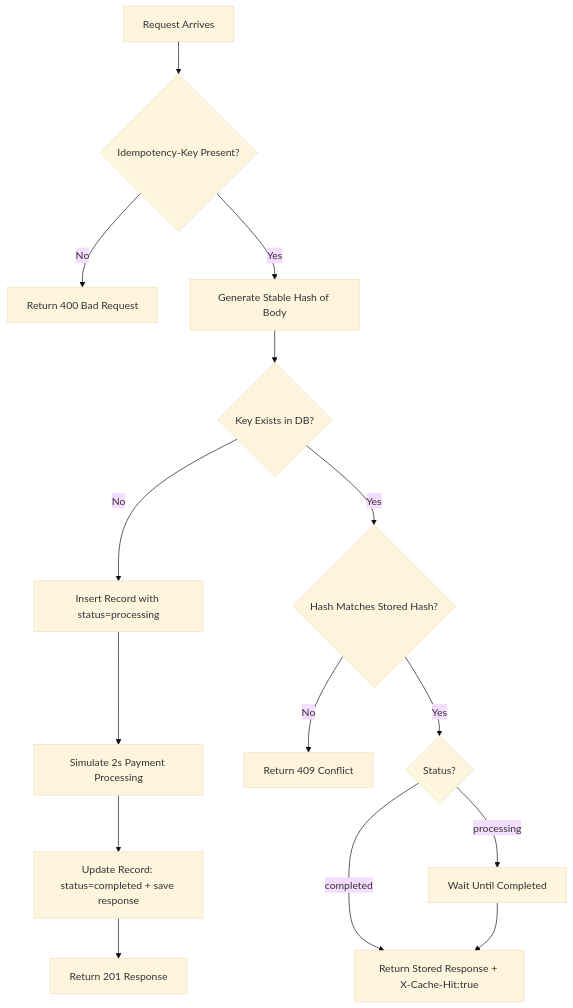
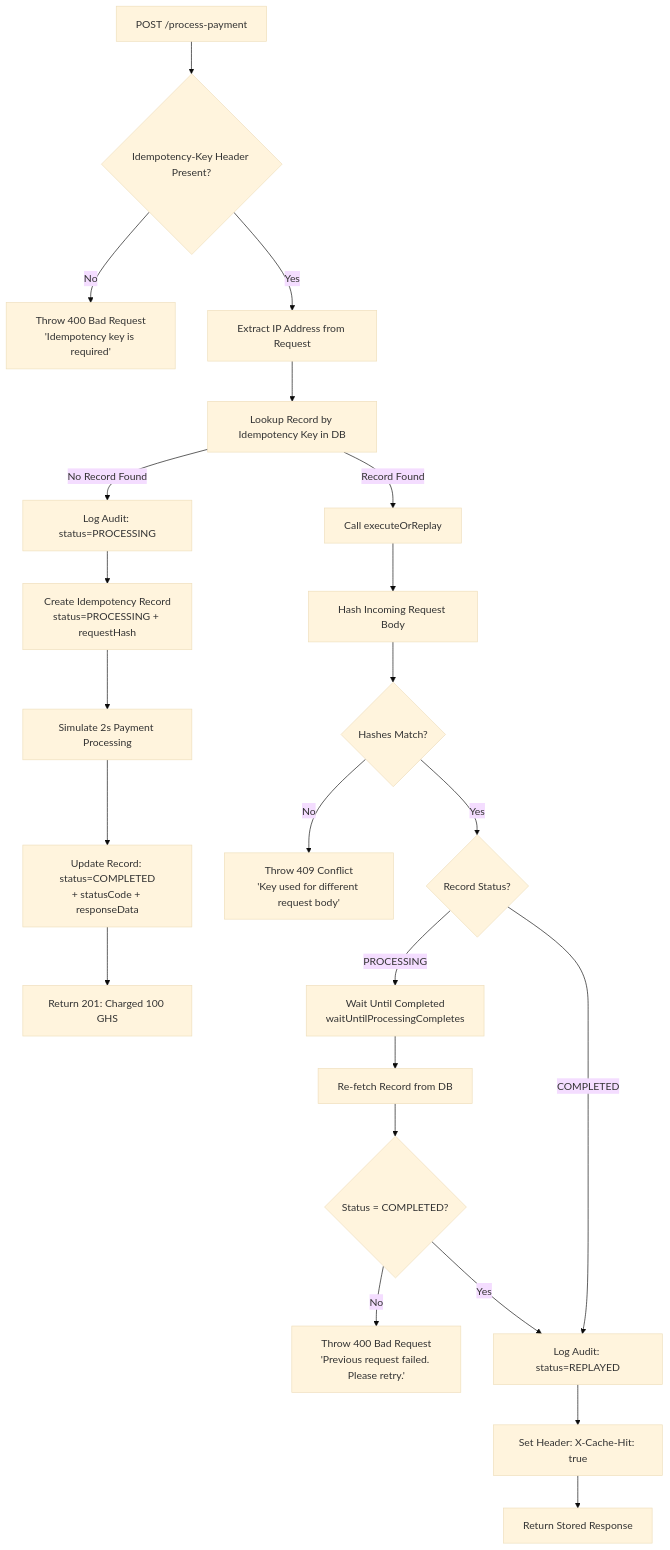
One commit to ethenkem/Idempotency-Gateway changed the diagram in README.md. Above: the diagram before and after it, drawn with Mermaid (base theme). The commit also changed other lines of this file, not shown here.

Commit message:
feat(docs): update README with detailed architecture flow and API scenarios

````diff
--- a/README.md
+++ b/README.md
@@ -3,20 +8,26 @@
 ```mermaid
 flowchart TD
-    A[Request Arrives] --> B{Idempotency-Key Present?}
-    B -- No --> C[Return 400 Bad Request]
-    B -- Yes --> D[Generate Stable Hash of Body]
-    D --> E{Key Exists in DB?}
+    A[POST /process-payment] --> B{Idempotency-Key Header Present?}
+    B -- No --> C[Throw 400 Bad Request\n'Idempotency key is required']
+    B -- Yes --> D[Extract IP Address from Request]
+    D --> E[Lookup Record by Idempotency Key in DB]
+    E -- No Record Found --> F[Log Audit: status=PROCESSING]
+    F --> G[Create Idempotency Record\nstatus=PROCESSING + requestHash]
+    G --> H[Simulate 2s Payment Processing]
+    H --> I[Update Record: status=COMPLETED\n+ statusCode + responseData]
+    I --> J[Return 201: Charged 100 GHS]
 
-    E -- No --> F[Insert Record with status=processing]
-    F --> G[Simulate 2s Payment Processing]
-    G --> H[Update Record: status=completed + save response]
-    H --> I[Return 201 Response]
-
-    E -- Yes --> J{Hash Matches Stored Hash?}
-    J -- No --> K[Return 409 Conflict]
-
-    J -- Yes --> L{Status?}
-    L -- completed --> M[Return Stored Response + X-Cache-Hit:true]
-    L -- processing --> N[Wait Until Completed]
-    N --> M
+    E -- Record Found --> K[Call executeOrReplay]
+    K --> L[Hash Incoming Request Body]
+    L --> M{Hashes Match?}
+    M -- No --> N[Throw 409 Conflict\n'Key used for different request body']
+    M -- Yes --> O{Record Status?}
+    O -- PROCESSING --> P[Wait Until Completed\nwaitUntilProcessingCompletes]
+    P --> Q[Re-fetch Record from DB]
+    Q --> R{Status = COMPLETED?}
+    R -- No --> S[Throw 400 Bad Request\n'Previous request failed. Please retry.']
+    R -- Yes --> T[Log Audit: status=REPLAYED]
+    O -- COMPLETED --> T
+    T --> U[Set Header: X-Cache-Hit: true]
+    U --> V[Return Stored Response]
 ```
````
